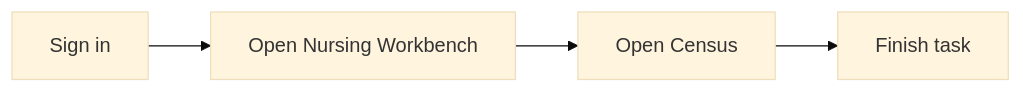
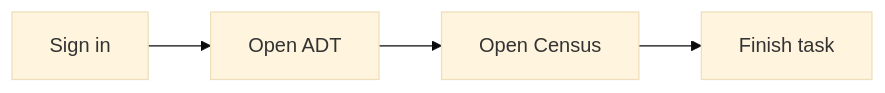
The diagram in src/lib/docs/content/workflows/nursing-workbench-census.md (menzies-mariesta-com/medora-web-menzies), drawn with Mermaid (base theme) before and after one commit. The commit also changed other lines of this file and 30 other files, not shown here.

````diff
--- a/src/lib/docs/content/workflows/nursing-workbench-census.md
+++ b/src/lib/docs/content/workflows/nursing-workbench-census.md
@@ -32,6 +32,6 @@
 ```mermaid
 flowchart LR
-  signIn[Sign in] --> module[Open Nursing Workbench]
+  signIn[Sign in] --> module[Open ADT]
   module --> screen[Open Census]
   screen --> done[Finish task]
 ```
````
